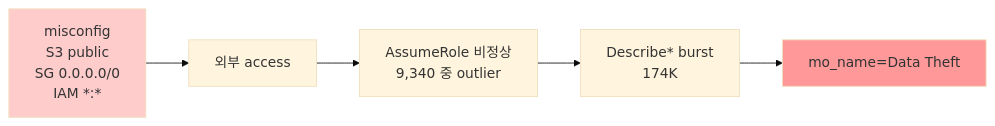
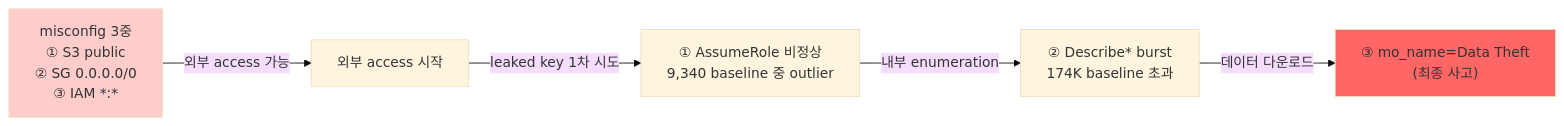
One commit to mrgrit/ccc changed the diagram in contents/education/course6-cloud-container/week10/lecture.md. Above: the diagram before and after it, drawn with Mermaid (base theme). The commit also changed other lines of this file and 12 other files, not shown here.

````diff
--- a/contents/education/course6-cloud-container/week10/lecture.md
+++ b/contents/education/course6-cloud-container/week10/lecture.md
@@ -443,11 +447,11 @@
 ```mermaid
 graph LR
-    MC["misconfig<br/>S3 public<br/>SG 0.0.0.0/0<br/>IAM *:*"]
-    MC --> EXP[외부 access]
-    EXP --> AR[AssumeRole 비정상<br/>9,340 중 outlier]
-    AR --> ENUM[Describe* burst<br/>174K]
-    ENUM --> DT["mo_name=Data Theft"]
+    MC["misconfig 3중<br/>① S3 public<br/>② SG 0.0.0.0/0<br/>③ IAM *:*"]
+    MC -->|외부 access 가능| EXP["외부 access 시작"]
+    EXP -->|leaked key 1차 시도| AR["① AssumeRole 비정상<br/>9,340 baseline 중 outlier"]
+    AR -->|내부 enumeration| ENUM["② Describe* burst<br/>174K baseline 초과"]
+    ENUM -->|데이터 다운로드| DT["③ mo_name=Data Theft<br/>(최종 사고)"]
 
     style MC fill:#ffcccc
-    style DT fill:#ff9999
+    style DT fill:#ff6666
 ```
````
